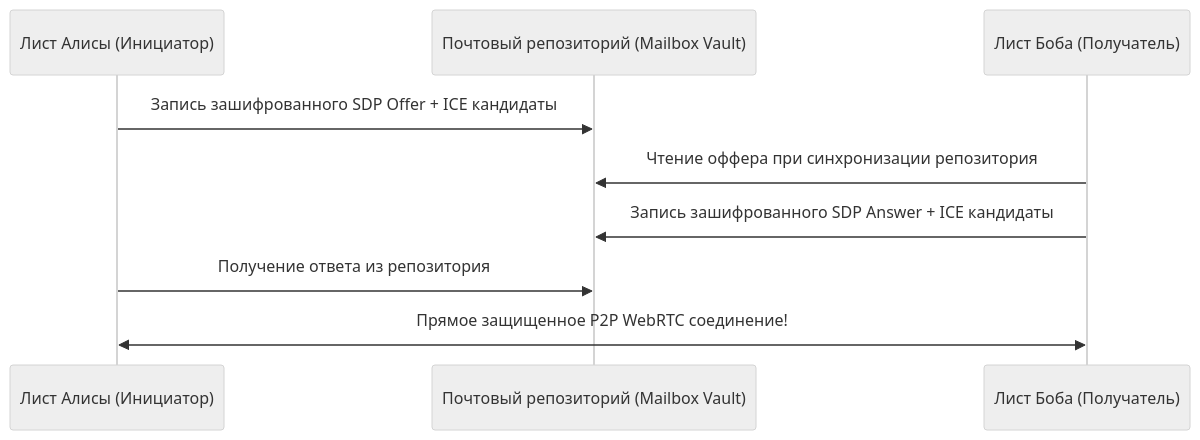
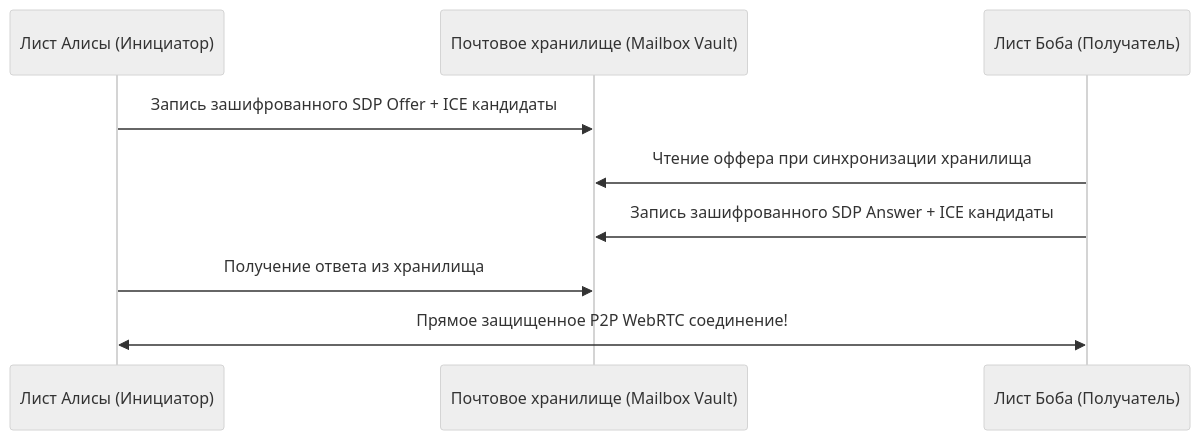
The third of 12 diagrams in architecture_presentations/05_routing_p2p_and_passthrough/docs/presentation_deck.md (Data-Independence-Network/presentations), drawn with Mermaid (neutral theme) before and after one commit. The commit also changed other lines of this file and 28 other files, not shown here.

Commit message:
refactor(terminology): replace 'репозиторий' and derivatives with 'хранилище' and update slide 13 audio

```diff
--- a/architecture_presentations/05_routing_p2p_and_passthrough/docs/presentation_deck.md
+++ b/architecture_presentations/05_routing_p2p_and_passthrough/docs/presentation_deck.md
@@ -137,12 +137,12 @@
         <div class="mermaid">
 sequenceDiagram
     participant Alice as Лист Алисы (Инициатор)
-    participant Repo as Почтовый репозиторий (Mailbox Vault)
+    participant Repo as Почтовое хранилище (Mailbox Vault)
     participant Bob as Лист Боба (Получатель)
 
     Alice->>Repo: Запись зашифрованного SDP Offer + ICE кандидаты
-    Bob->>Repo: Чтение оффера при синхронизации репозитория
+    Bob->>Repo: Чтение оффера при синхронизации хранилища
     Bob->>Repo: Запись зашифрованного SDP Answer + ICE кандидаты
-    Alice->>Repo: Получение ответа из репозитория
+    Alice->>Repo: Получение ответа из хранилища
     Alice<<->>Bob: Прямое защищенное P2P WebRTC соединение!
         </div>
```
